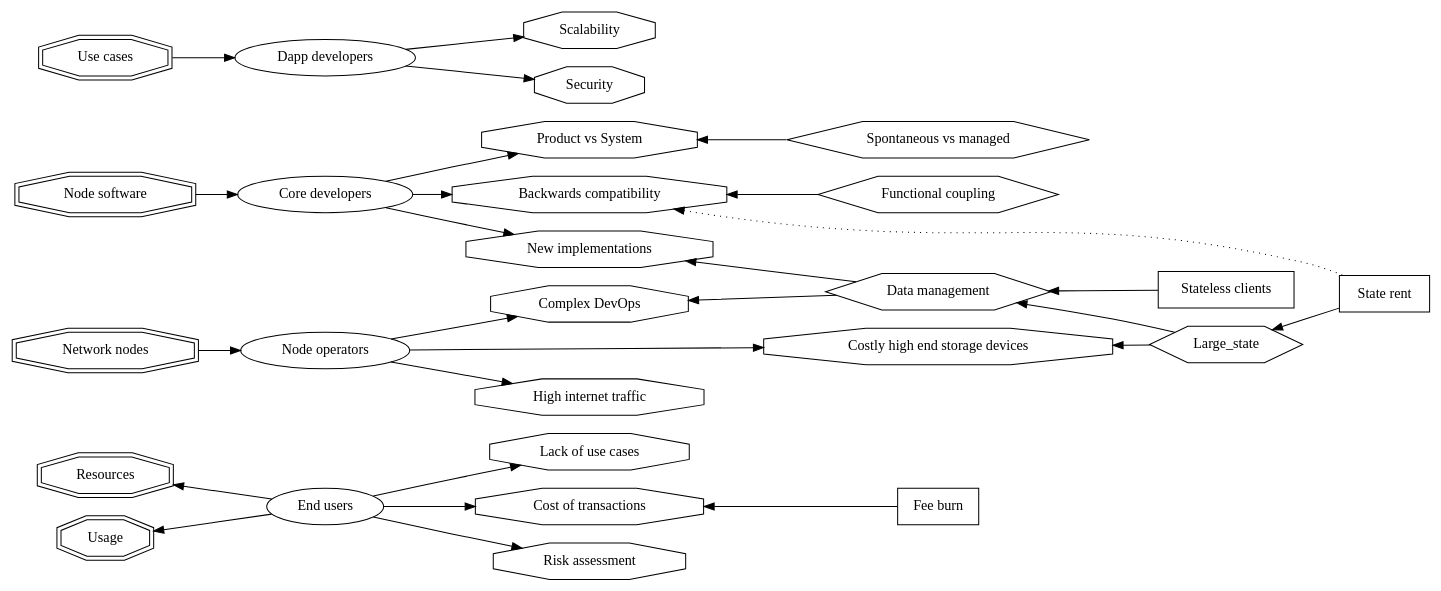
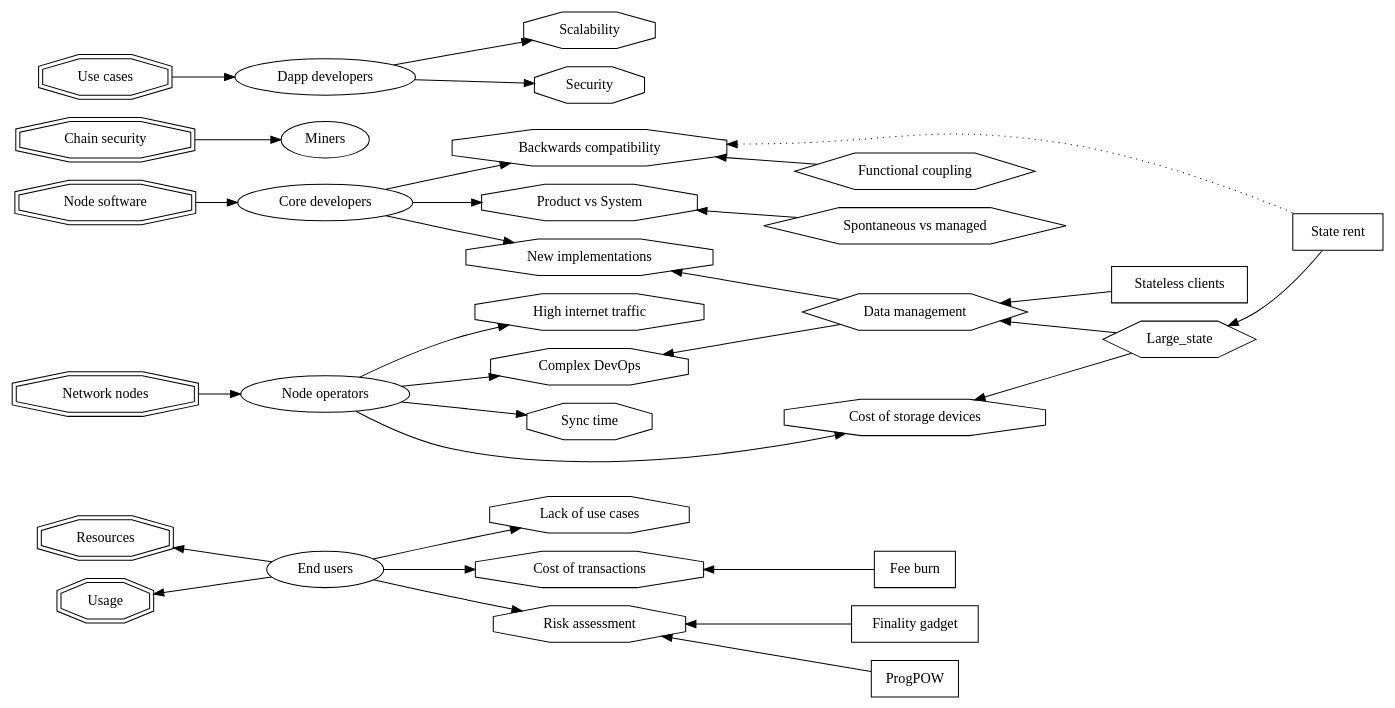
Diagram 13 of 13 in Ethereum1x_definition.md (ledgerwatch/eth_state), drawn with Graphviz before and after one commit.

````diff
--- a/Ethereum1x_definition.md
+++ b/Ethereum1x_definition.md
@@ -196,60 +196,67 @@
 ```graphviz
 digraph agents {
 rankdir=LR;
-end_users [label="End users"];
+end_users [label="End users" href="#End-users-agent"];
 
 resources [label="Resources" shape="doubleoctagon"];
 usage [label="Usage" shape="doubleoctagon"];
 no_usecases [label="Lack of use cases" shape="octagon"];
 tx_cost [label="Cost of transactions" shape="octagon"];
 tx_safety [label="Risk assessment" shape="octagon"];
 {resources usage} -> end_users [dir="back"]
 end_users -> {tx_cost tx_safety no_usecases}
 fee_burn [label="Fee burn" shape="box"];
 tx_cost -> fee_burn [dir=back];
+finality_gadget [label="Finality gadget" shape="box"];
+tx_safety -> finality_gadget [dir=back];
+progpow [label="ProgPOW" shape="box"];
+tx_safety -> progpow [dir=back];
 
 node_ops [label="Node operators"];
 nodes [label="Network nodes" shape="doubleoctagon"];
 nodes -> node_ops;
-storage_devices [label="Costly high end storage devices" shape="octagon"];
+storage_devices [label="Cost of storage devices" shape="octagon"];
 traffic [label="High internet traffic" shape="octagon"];
-dev_ops [label="Complex DevOps" shape="octagon"]
-node_ops -> storage_devices;
-node_ops -> traffic;
-node_ops -> dev_ops;
+dev_ops [label="Complex DevOps" shape="octagon"];
+sync_time [label="Sync time" shape="octagon"];
+node_ops -> {storage_devices traffic dev_ops sync_time}
+
+miners [label="Miners"];
+chain_security [label="Chain security" shape="doubleoctagon"];
+chain_security -> miners;
 
 dapp_devs [label="Dapp developers"];
 use_cases [label="Use cases" shape="doubleoctagon"];
 use_cases -> dapp_devs;
 scalability [label="Scalability" shape="octagon"];
 security [label="Security" shape="octagon"];
 dapp_devs -> scalability;
 dapp_devs -> security;
 
 core_devs [label="Core developers"];
 software [label="Node software" shape="doubleoctagon"];
 software -> core_devs;
 new_implementations [label="New implementations" shape="octagon"];
 product_vs_system [label="Product vs System" shape="octagon"];
 backwards_compatibility [label="Backwards compatibility" shape="octagon"]
 core_devs -> {new_implementations product_vs_system backwards_compatibility};
 
 data_management [label="Data management" shape="hexagon"];
 dev_ops -> data_management [dir=back];
 new_implementations -> data_management [dir=back];
 large_state [label="Large_state" shape="hexagon"]
 data_management -> large_state [dir=back];
 storage_devices -> large_state [dir=back];
 functional_coupling [label="Functional coupling" shape="hexagon"];
 backwards_compatibility -> functional_coupling [dir=back];
 spontaneous_vs_managed [label="Spontaneous vs managed" shape="hexagon"];
 product_vs_system -> spontaneous_vs_managed [dir=back];
 
 state_rent [label="State rent" shape="box"];
 large_state -> state_rent [dir=back];
 backwards_compatibility -> state_rent [dir=back style="dotted"];
 
 stateless [label="Stateless clients" shape="box"];
 data_management -> stateless [dir=back];
 }
 ```
````
